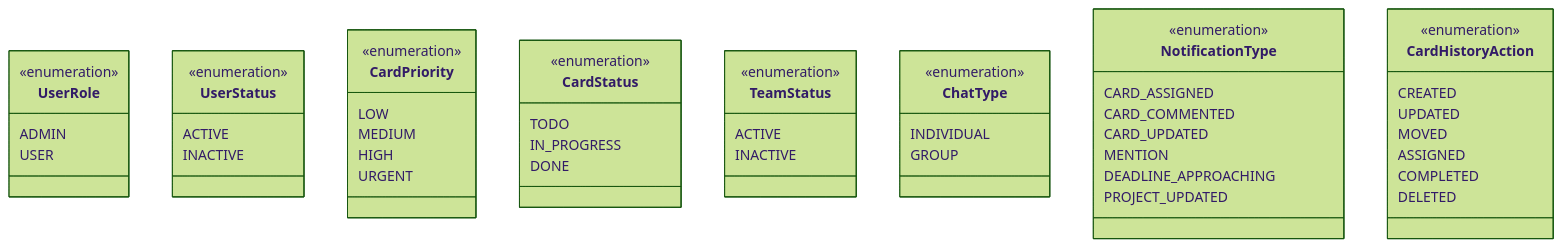
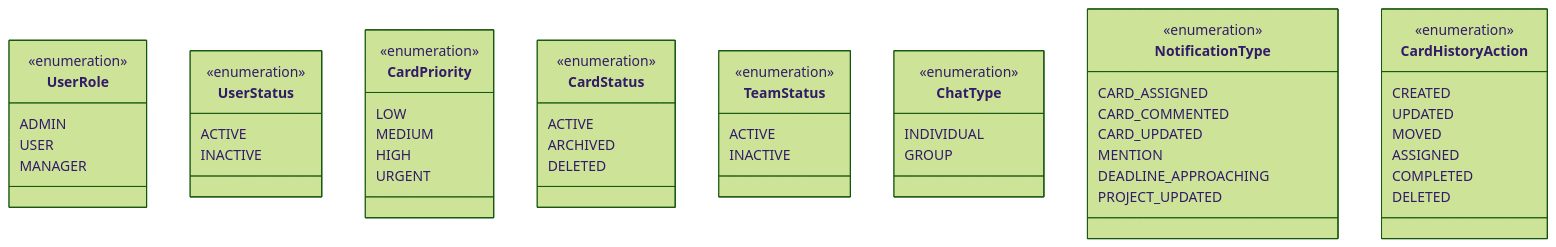
Before and after one commit to MatheusDuda/appOriente: the second of 2 diagrams in oriente-backend/docs/diagrams/uml-detailed-diagram.md, drawn with Mermaid (forest theme). The commit also changed other lines of this file, not shown here.

Commit message:
fix: Atualiza diagrama de classes

````diff
--- a/oriente-backend/docs/diagrams/uml-detailed-diagram.md
+++ b/oriente-backend/docs/diagrams/uml-detailed-diagram.md
@@ -361,61 +359,62 @@
 ```mermaid
 classDiagram
     class UserRole {
         <<enumeration>>
         ADMIN
         USER
+        MANAGER
     }
 
     class UserStatus {
         <<enumeration>>
         ACTIVE
         INACTIVE
     }
 
     class CardPriority {
         <<enumeration>>
         LOW
         MEDIUM
         HIGH
         URGENT
     }
 
     class CardStatus {
         <<enumeration>>
-        TODO
-        IN_PROGRESS
-        DONE
+        ACTIVE
+        ARCHIVED
+        DELETED
     }
 
     class TeamStatus {
         <<enumeration>>
         ACTIVE
         INACTIVE
     }
 
     class ChatType {
         <<enumeration>>
         INDIVIDUAL
         GROUP
     }
 
     class NotificationType {
         <<enumeration>>
         CARD_ASSIGNED
         CARD_COMMENTED
         CARD_UPDATED
         MENTION
         DEADLINE_APPROACHING
         PROJECT_UPDATED
     }
 
     class CardHistoryAction {
         <<enumeration>>
         CREATED
         UPDATED
         MOVED
         ASSIGNED
         COMPLETED
         DELETED
     }
 ```
````
